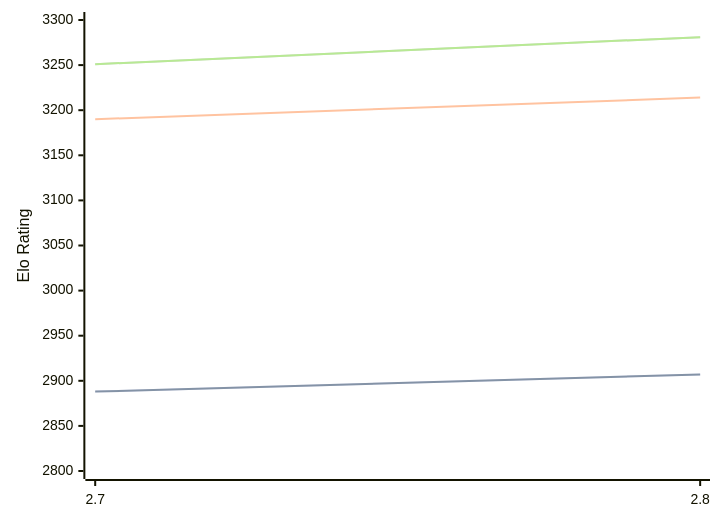
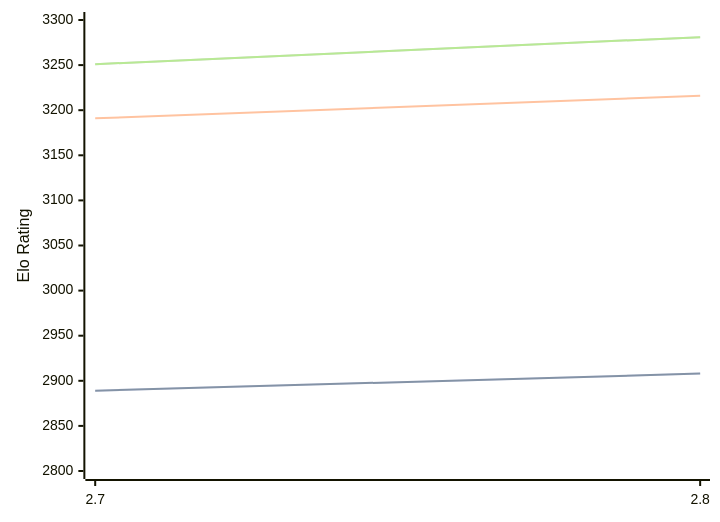
The diagram in engines/Arcanum.md (computer-chess-index/cci), drawn with Mermaid before and after one commit. The commit also changed other lines of this file, not shown here.

````diff
--- a/engines/Arcanum.md
+++ b/engines/Arcanum.md
@@ -44,11 +44,11 @@
 ```mermaid
 %%{init: {"theme":"base","themeVariables":{"seriesColors:['#a3a3a3','#222221','#faa371']}}}%%
 xychart-beta
   x-axis ["2.7", "2.8"]
   y-axis "Elo Rating" 2800 --> 3300
-  line "STC (8.0+0.08s)" [2888, 2907]
-  line "STC (8.0+0.08s)" [2888, 2907]
-  line "LTC (60.0+0.60s)" [3190, 3214]
+  line "STC (8.0+0.08s)" [2889, 2908]
+  line "STC (8.0+0.08s)" [2889, 2908]
+  line "LTC (60.0+0.60s)" [3191, 3216]
   line "VLTC (2m24s+1.12s)" [3251, 3281]
   line "VLTC (2m24s+1.12s)" [3251, 3281]
 ```
````
